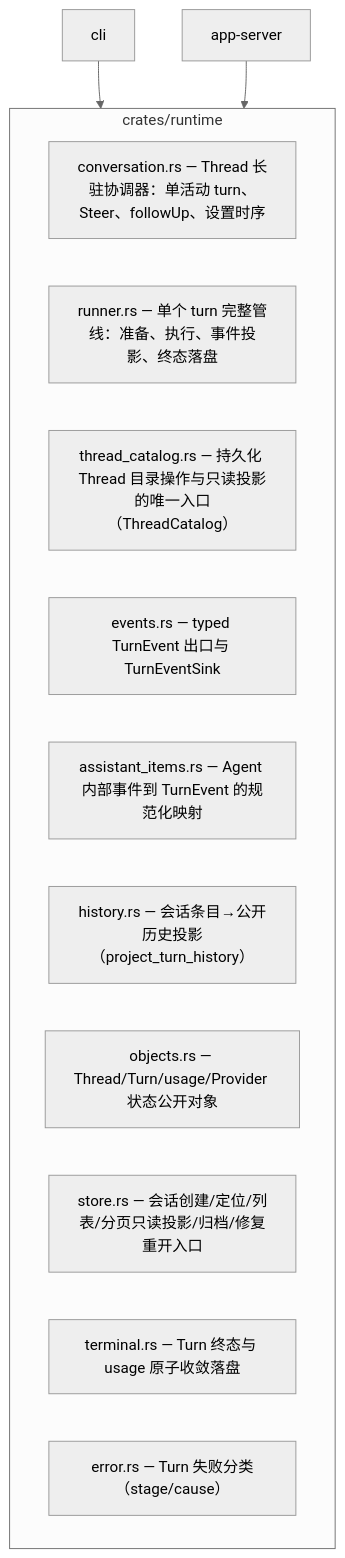
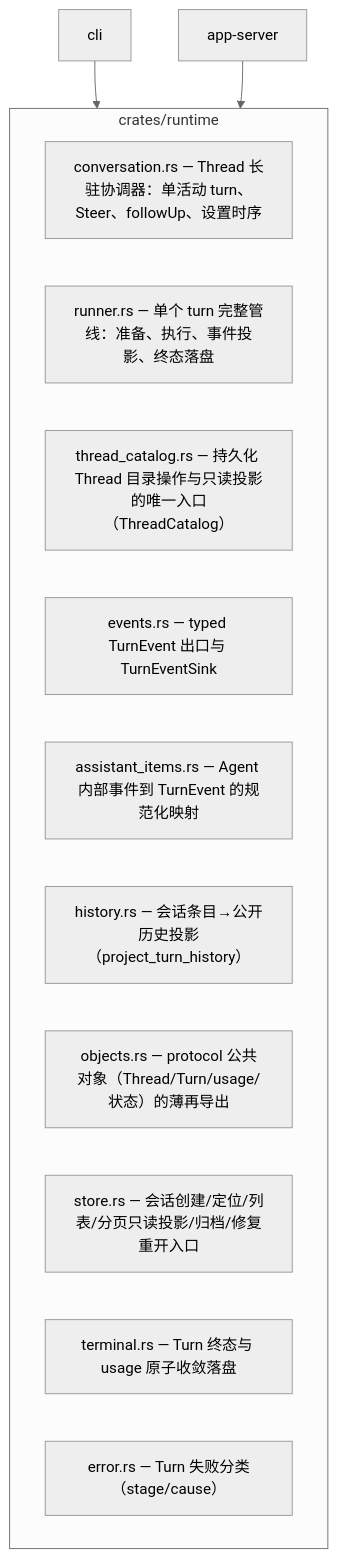
The seventh of 10 diagrams in docs/repository-map.md (qjcnmd/singularity-agent), drawn with Mermaid (neutral theme) before and after one commit. The commit also changed other lines of this file and 63 other files, not shown here.

````diff
--- a/docs/repository-map.md
+++ b/docs/repository-map.md
@@ -175,17 +178,17 @@
 ```mermaid
 flowchart TD
     subgraph runtime["crates/runtime"]
         conversation["conversation.rs — Thread 长驻协调器：单活动 turn、Steer、followUp、设置时序"]
         runner["runner.rs — 单个 turn 完整管线：准备、执行、事件投影、终态落盘"]
         thread_catalog["thread_catalog.rs — 持久化 Thread 目录操作与只读投影的唯一入口（ThreadCatalog）"]
         events["events.rs — typed TurnEvent 出口与 TurnEventSink"]
         assistant_items["assistant_items.rs — Agent 内部事件到 TurnEvent 的规范化映射"]
         history["history.rs — 会话条目→公开历史投影（project_turn_history）"]
-        objects["objects.rs — Thread/Turn/usage/Provider 状态公开对象"]
+        objects["objects.rs — protocol 公共对象（Thread/Turn/usage/状态）的薄再导出"]
         store["store.rs — 会话创建/定位/列表/分页只读投影/归档/修复重开入口"]
         terminal["terminal.rs — Turn 终态与 usage 原子收敛落盘"]
         error["error.rs — Turn 失败分类（stage/cause）"]
     end
     cli["cli"] --> runtime
     appserver["app-server"] --> runtime
 ```
````
